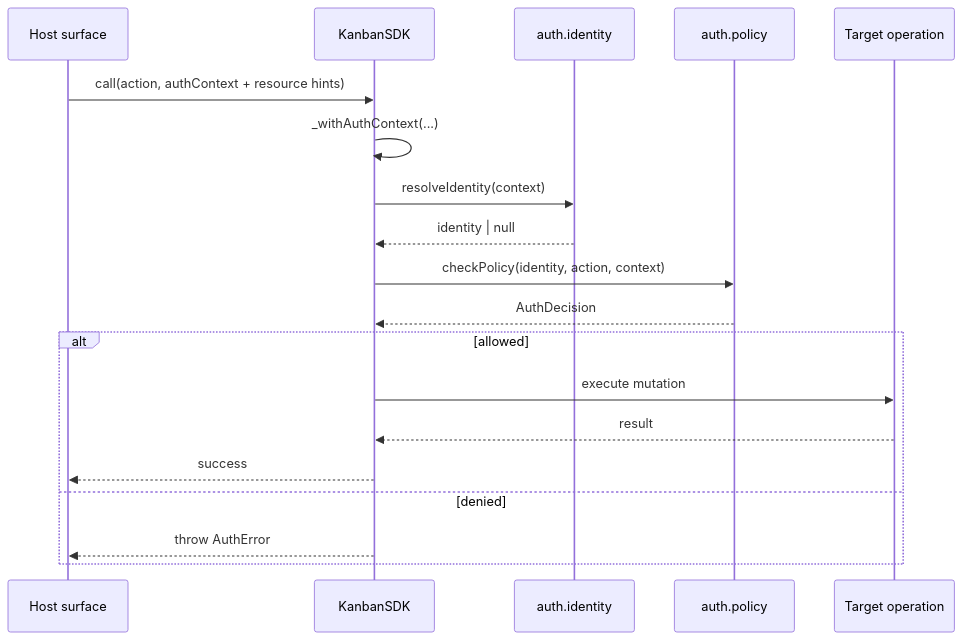
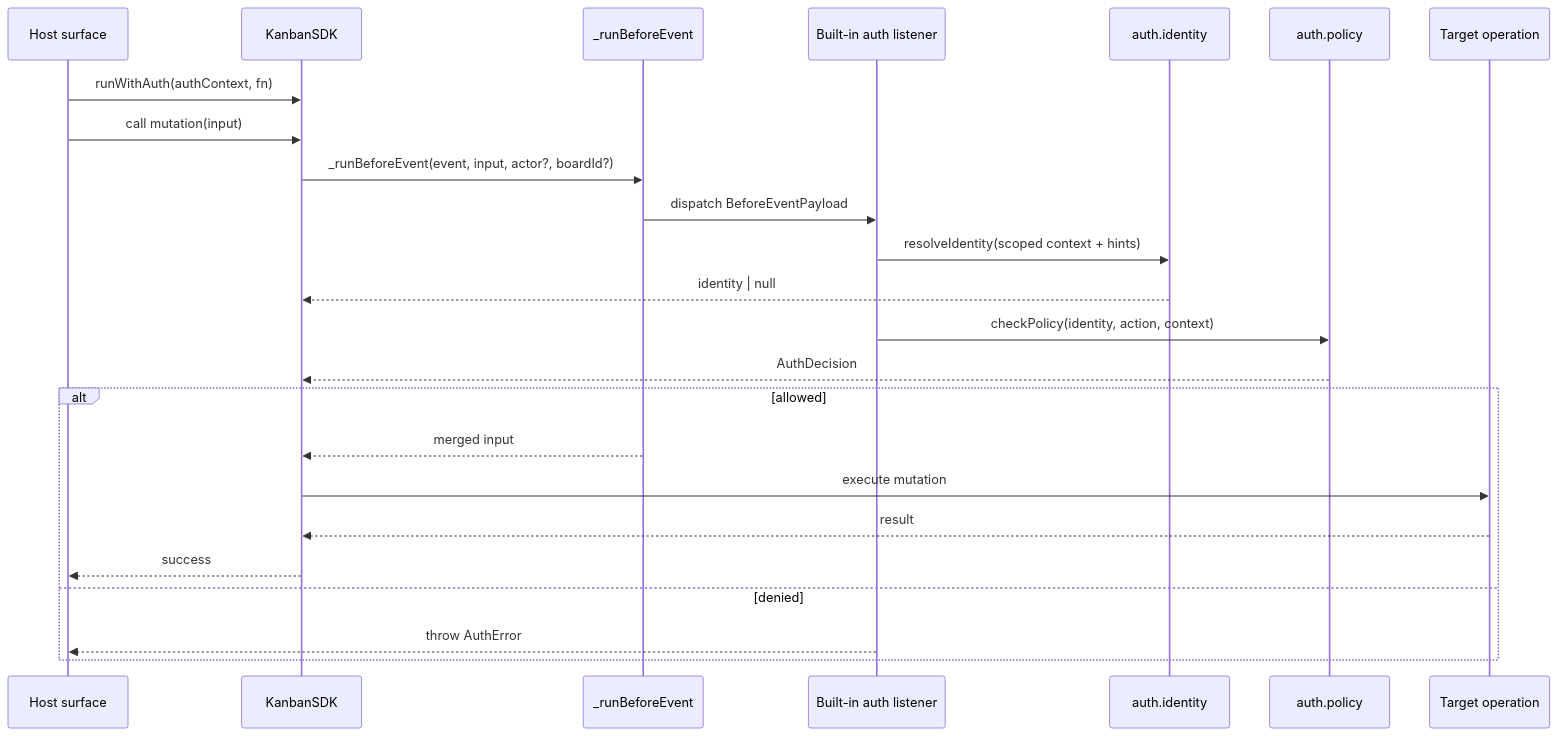
Before and after one commit to borgius/kanban-lite: the diagram in docs/auth.md, drawn with Mermaid. The commit also changed other lines of this file and 36 other files, not shown here.

First line of the commit message:
feat: add n8n node integration for kanban-lite with event and action catalogs

````diff
--- a/docs/auth.md
+++ b/docs/auth.md
@@ -520,22 +524,27 @@
 ```mermaid
 sequenceDiagram
 	participant Host as Host surface
 	participant SDK as KanbanSDK
+	participant Runner as _runBeforeEvent
+	participant Listener as Built-in auth listener
 	participant Identity as auth.identity
 	participant Policy as auth.policy
 	participant Op as Target operation
 
-	Host->>SDK: call(action, authContext + resource hints)
-	SDK->>SDK: _withAuthContext(...)
-	SDK->>Identity: resolveIdentity(context)
+	Host->>SDK: runWithAuth(authContext, fn)
+	Host->>SDK: call mutation(input)
+	SDK->>Runner: _runBeforeEvent(event, input, actor?, boardId?)
+	Runner->>Listener: dispatch BeforeEventPayload
+	Listener->>Identity: resolveIdentity(scoped context + hints)
 	Identity-->>SDK: identity | null
-	SDK->>Policy: checkPolicy(identity, action, context)
+	Listener->>Policy: checkPolicy(identity, action, context)
 	Policy-->>SDK: AuthDecision
 	alt allowed
+		Runner-->>SDK: merged input
 		SDK->>Op: execute mutation
 		Op-->>SDK: result
 		SDK-->>Host: success
 	else denied
-		SDK-->>Host: throw AuthError
+		Listener-->>Host: throw AuthError
 	end
 ```
````
